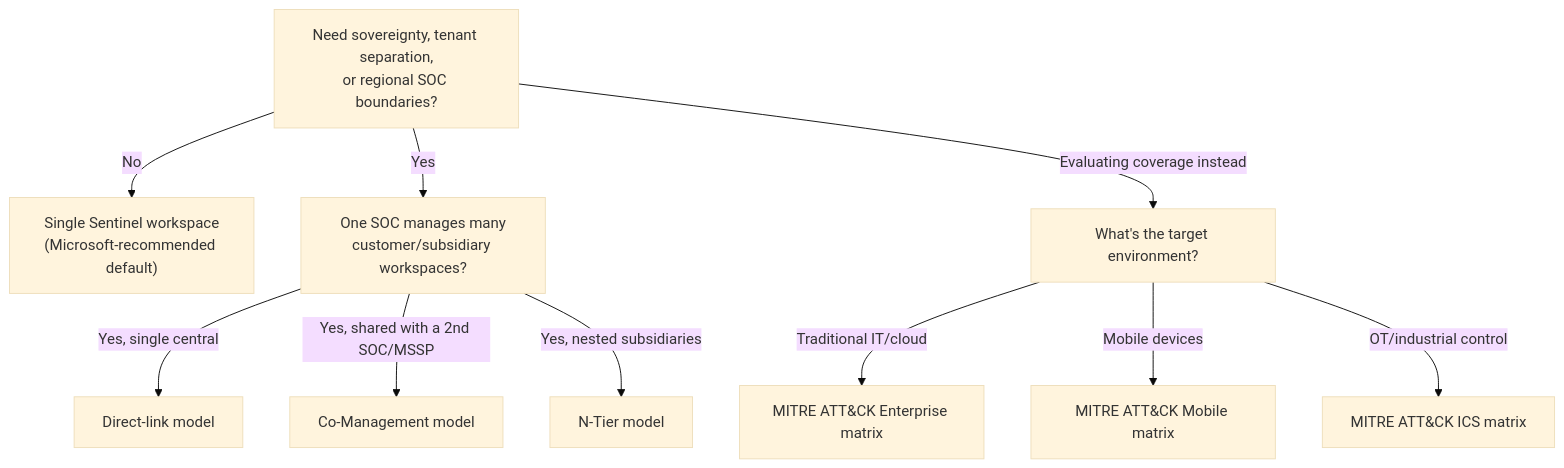
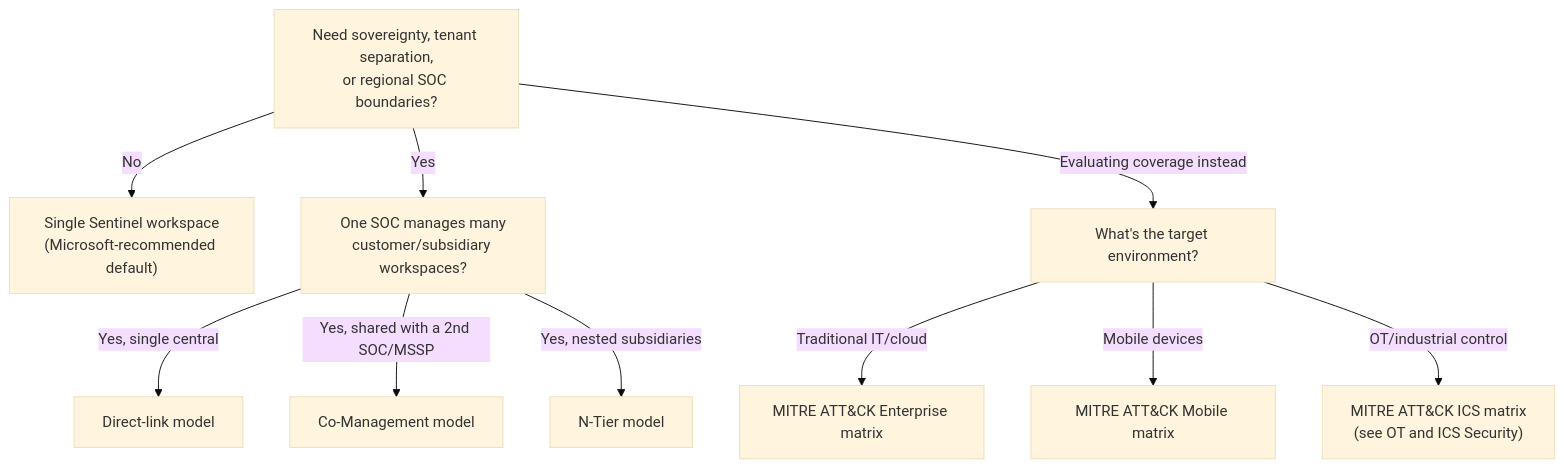
The fourth of 4 diagrams in 01 Security Strategy/Security Operations.md (DhruvKai/SC-100), drawn with Mermaid (base theme) before and after one commit. The commit also changed other lines of this file and 8 other files, not shown here.

````diff
--- a/01 Security Strategy/Security Operations.md
+++ b/01 Security Strategy/Security Operations.md
@@ -111,12 +111,12 @@
 ```mermaid
 flowchart TD
     Q1["Need sovereignty, tenant separation,<br/>or regional SOC boundaries?"] -->|No| Single["Single Sentinel workspace<br/>(Microsoft-recommended default)"]
     Q1 -->|Yes| Q2["One SOC manages many<br/>customer/subsidiary workspaces?"]
     Q2 -->|Yes, single central| DL["Direct-link model"]
     Q2 -->|Yes, shared with a 2nd SOC/MSSP| CM["Co-Management model"]
     Q2 -->|Yes, nested subsidiaries| NT["N-Tier model"]
     Q1 -->|Evaluating coverage instead| Q3["What's the target environment?"]
     Q3 -->|Traditional IT/cloud| MEnt["MITRE ATT&CK Enterprise matrix"]
     Q3 -->|Mobile devices| MMob["MITRE ATT&CK Mobile matrix"]
-    Q3 -->|OT/industrial control| MICS["MITRE ATT&CK ICS matrix"]
+    Q3 -->|OT/industrial control| MICS["MITRE ATT&CK ICS matrix<br/>(see OT and ICS Security)"]
 ```
````
